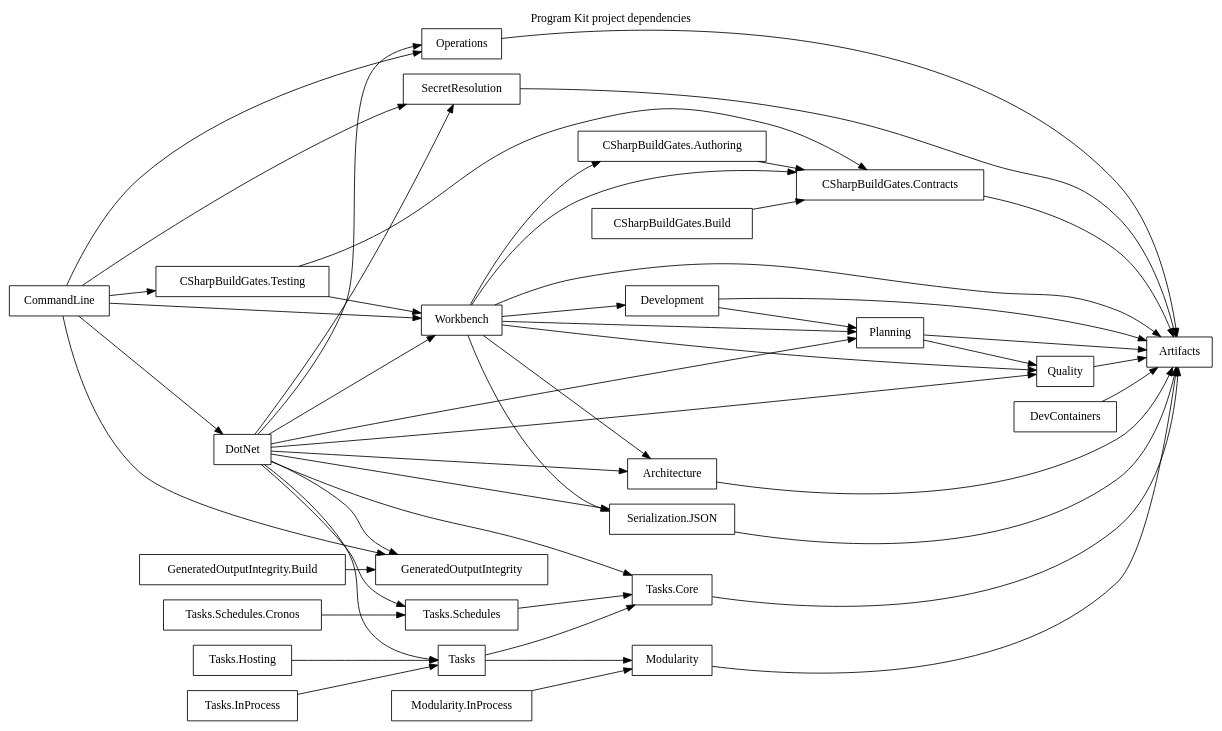
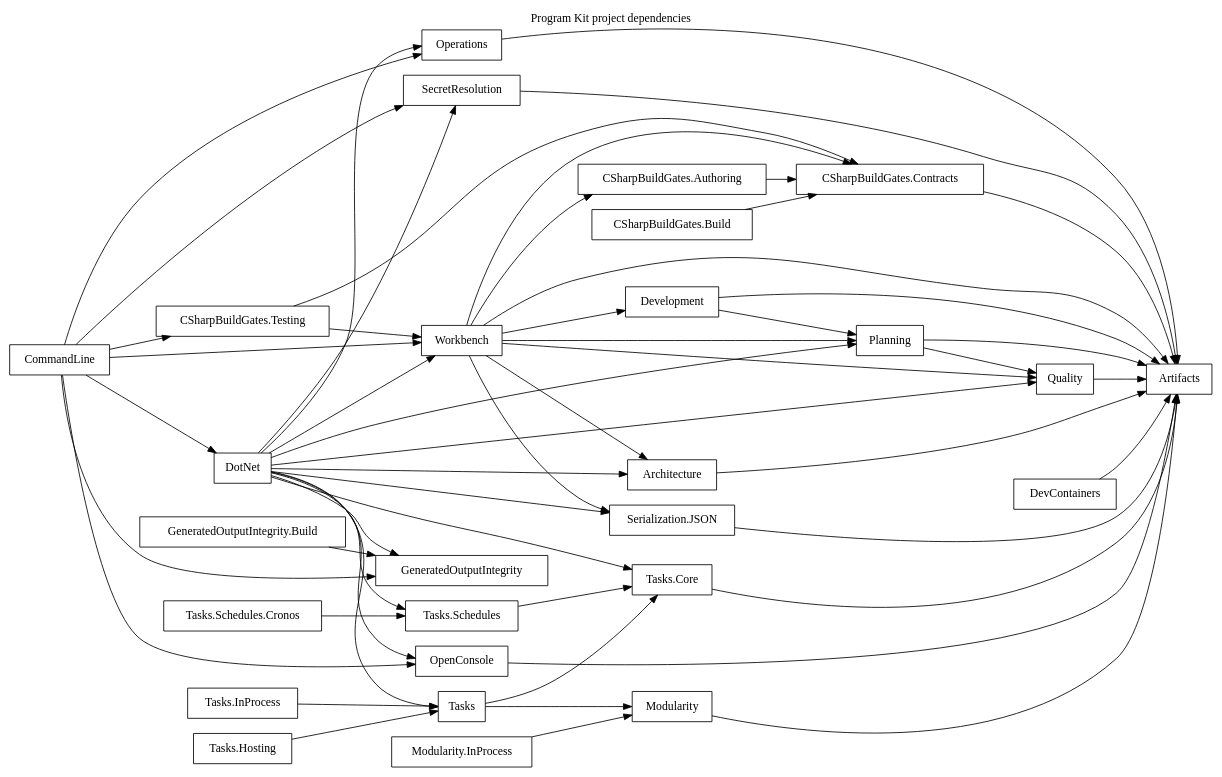
One commit to orbyss-io/program-kit changed the diagram in artifacts/self-hosted/dependency-graph.dot. Above: the diagram before and after it, drawn with Graphviz. The commit also changed 26 other files, not shown here.

```diff
--- a/artifacts/self-hosted/dependency-graph.dot
+++ b/artifacts/self-hosted/dependency-graph.dot
@@ -1,55 +1,58 @@
 digraph ProgramKitDependencies {
   graph [label="Program Kit project dependencies", labelloc="t", rankdir="LR"];
   node [shape="box"];
 
   "Architecture" -> "Artifacts";
   "CSharpBuildGates.Authoring" -> "CSharpBuildGates.Contracts";
   "CSharpBuildGates.Build" -> "CSharpBuildGates.Contracts";
   "CSharpBuildGates.Contracts" -> "Artifacts";
   "CSharpBuildGates.Testing" -> "CSharpBuildGates.Contracts";
   "CSharpBuildGates.Testing" -> "Workbench";
   "CommandLine" -> "CSharpBuildGates.Testing";
   "CommandLine" -> "DotNet";
   "CommandLine" -> "GeneratedOutputIntegrity";
+  "CommandLine" -> "OpenConsole";
   "CommandLine" -> "Operations";
   "CommandLine" -> "SecretResolution";
   "CommandLine" -> "Workbench";
   "Development" -> "Artifacts";
   "Development" -> "Planning";
   "DevContainers" -> "Artifacts";
   "DotNet" -> "Architecture";
   "DotNet" -> "Operations";
   "DotNet" -> "Planning";
   "DotNet" -> "Quality";
   "DotNet" -> "SecretResolution";
   "DotNet" -> "Serialization.JSON";
   "DotNet" -> "Tasks";
   "DotNet" -> "Tasks.Core";
   "DotNet" -> "Tasks.Schedules";
   "DotNet" -> "Workbench";
   "DotNet" -> "GeneratedOutputIntegrity";
+  "DotNet" -> "OpenConsole";
   "GeneratedOutputIntegrity.Build" -> "GeneratedOutputIntegrity";
   "Modularity" -> "Artifacts";
   "Modularity.InProcess" -> "Modularity";
+  "OpenConsole" -> "Artifacts";
   "Operations" -> "Artifacts";
   "Planning" -> "Artifacts";
   "Planning" -> "Quality";
   "Quality" -> "Artifacts";
   "SecretResolution" -> "Artifacts";
   "Serialization.JSON" -> "Artifacts";
   "Tasks" -> "Modularity";
   "Tasks" -> "Tasks.Core";
   "Tasks.Core" -> "Artifacts";
   "Tasks.Hosting" -> "Tasks";
   "Tasks.InProcess" -> "Tasks";
   "Tasks.Schedules" -> "Tasks.Core";
   "Tasks.Schedules.Cronos" -> "Tasks.Schedules";
   "Workbench" -> "Architecture";
   "Workbench" -> "Artifacts";
   "Workbench" -> "CSharpBuildGates.Authoring";
   "Workbench" -> "CSharpBuildGates.Contracts";
   "Workbench" -> "Development";
   "Workbench" -> "Planning";
   "Workbench" -> "Quality";
   "Workbench" -> "Serialization.JSON";
 }
```
